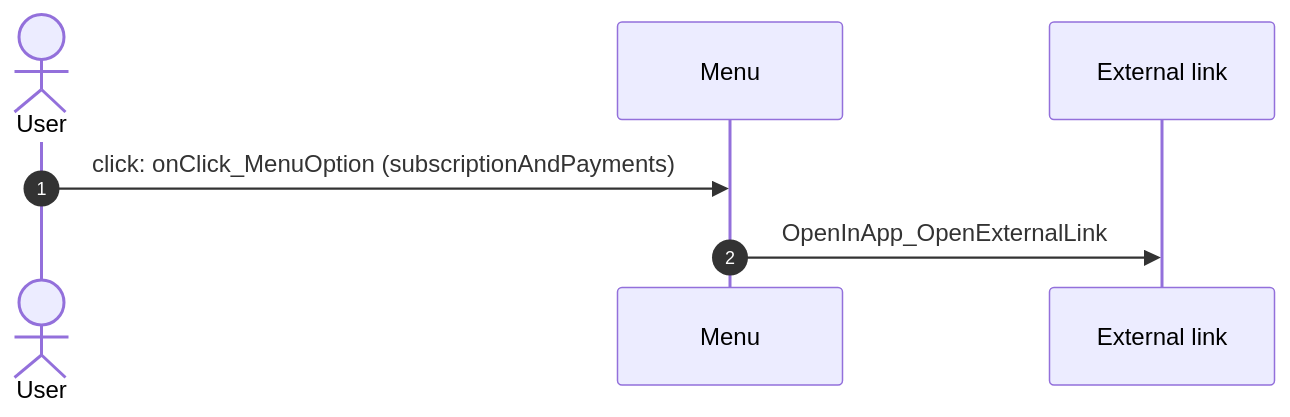
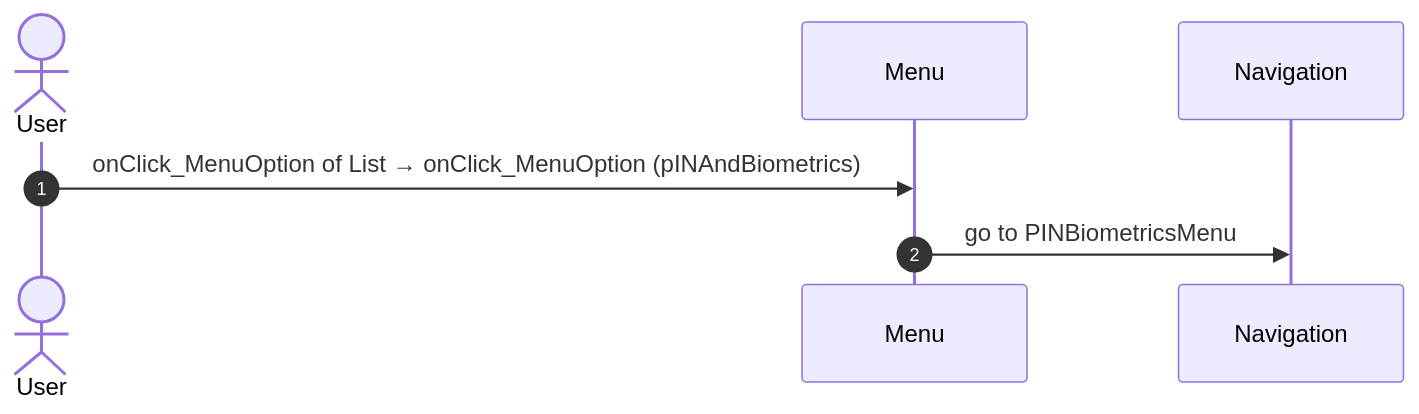
One commit to Phoenix-DX/connect-new-ui changed diagram 11 of 37 in migration/route-actions/Menu.md. Above: the diagram before and after it, drawn with Mermaid. The commit also changed other lines of this file and 9 other files, not shown here.

Commit message:
route actions: facts only; user actions as two independent lists (OutSystems view bindings, React JSX bindings) with Mermaid sequences; factual call columns (direct caller, chains, React references); app shell by definition (survey shell, main.tsx code); constants read for React paths

````diff
--- a/migration/route-actions/Menu.md
+++ b/migration/route-actions/Menu.md
@@ -283,9 +241,9 @@
 ```mermaid
 sequenceDiagram
   autonumber
   actor U as User
   participant B as Menu
-  participant X as External link
-  U->>B: click: onClick_MenuOption (subscriptionAndPayments)
-  B->>X: OpenInApp_OpenExternalLink
+  participant N as Navigation
+  U->>B: onClick_MenuOption of List → onClick_MenuOption (pINAndBiometrics)
+  B->>N: go to PINBiometricsMenu
 ```
````
